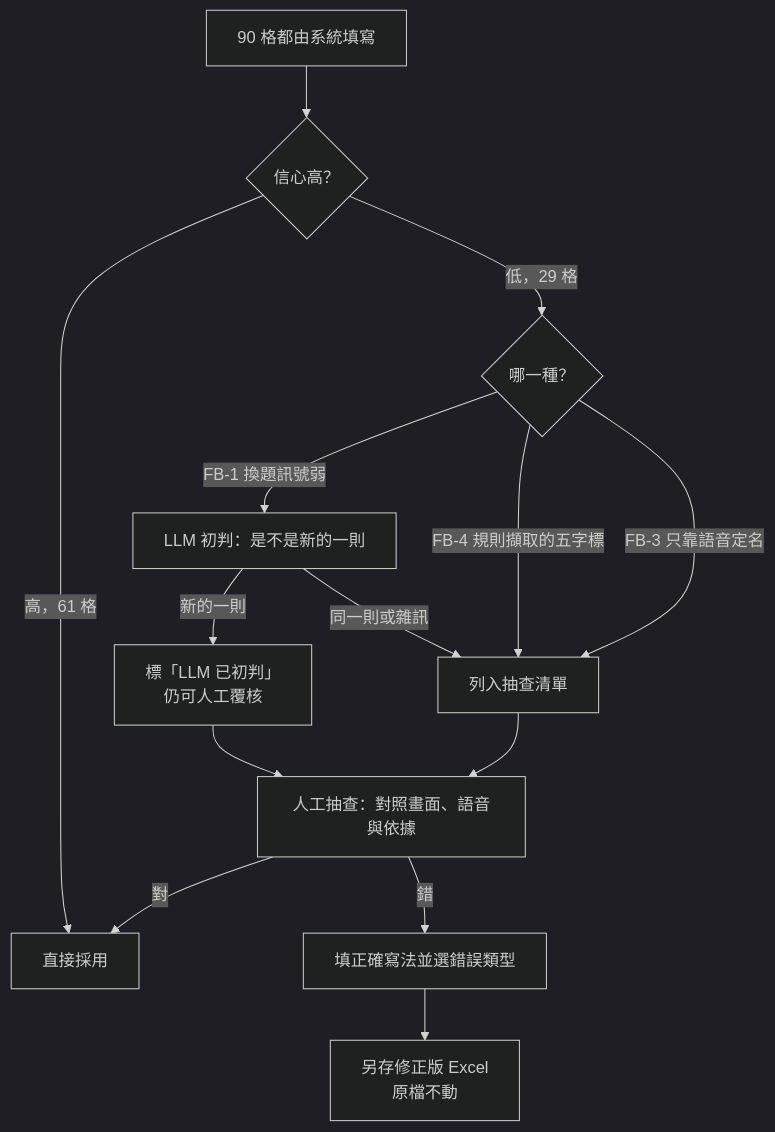
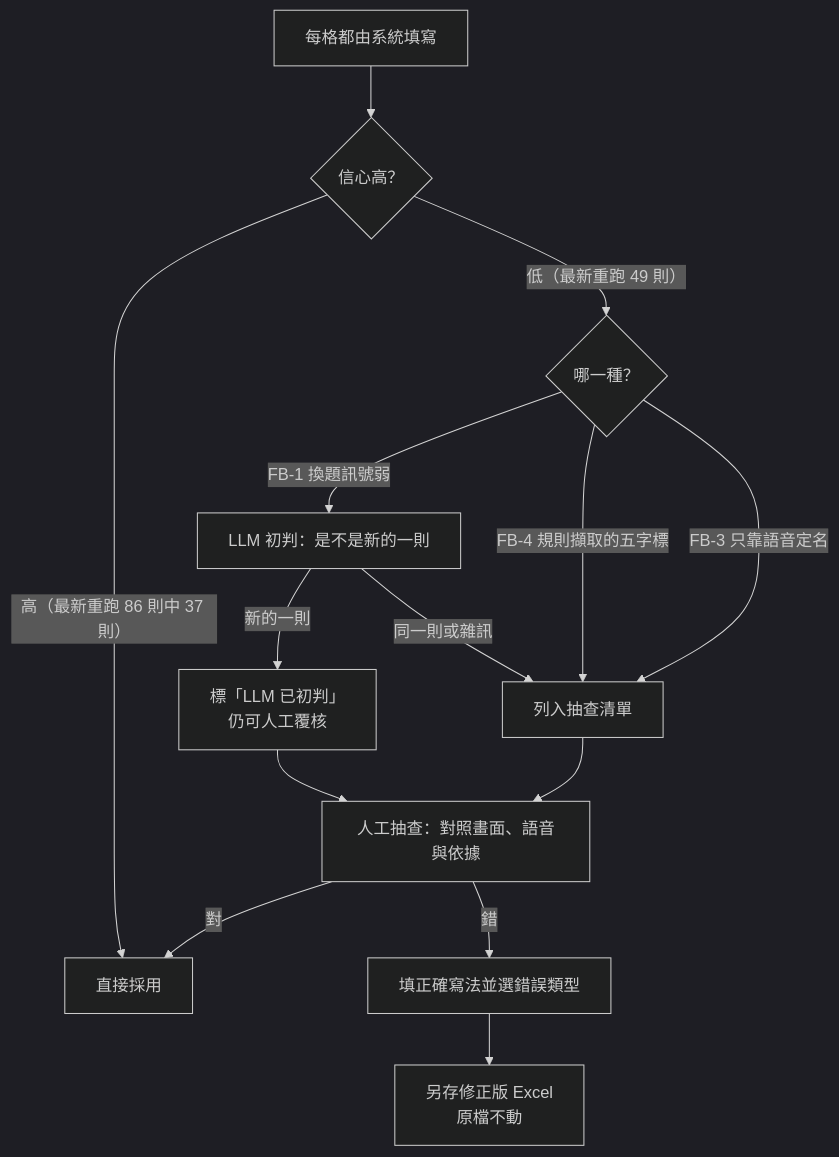
One commit to JeremyLiu2005/newsbar-copilot changed the second of 2 diagrams in README.md. Above: the diagram before and after it, drawn with Mermaid (dark theme). The commit also changed other lines of this file and 6 other files, not shown here.

````diff
--- a/README.md
+++ b/README.md
@@ -138,16 +139,16 @@
 ```mermaid
 flowchart TD
-    Q["90 格都由系統填寫"] --> H{"信心高？"}
-    H -->|"高，61 格"| OK["直接採用"]
-    H -->|"低，29 格"| T{"哪一種？"}
+    Q["每格都由系統填寫"] --> H{"信心高？"}
+    H -->|"高（最新重跑 86 則中 37 則）"| OK["直接採用"]
+    H -->|"低（最新重跑 49 則）"| T{"哪一種？"}
     T -->|"FB-1 換題訊號弱"| J["LLM 初判：是不是新的一則"]
     J -->|"新的一則"| J1["標「LLM 已初判」<br/>仍可人工覆核"]
     J -->|"同一則或雜訊"| R
     T -->|"FB-4 規則擷取的五字標"| R["列入抽查清單"]
     T -->|"FB-3 只靠語音定名"| R
     J1 --> R2["人工抽查：對照畫面、語音與依據"]
     R --> R2
     R2 -->|"對"| OK
     R2 -->|"錯"| FIX["填正確寫法並選錯誤類型"]
     FIX --> W["另存修正版 Excel<br/>原檔不動"]
 ```
````
